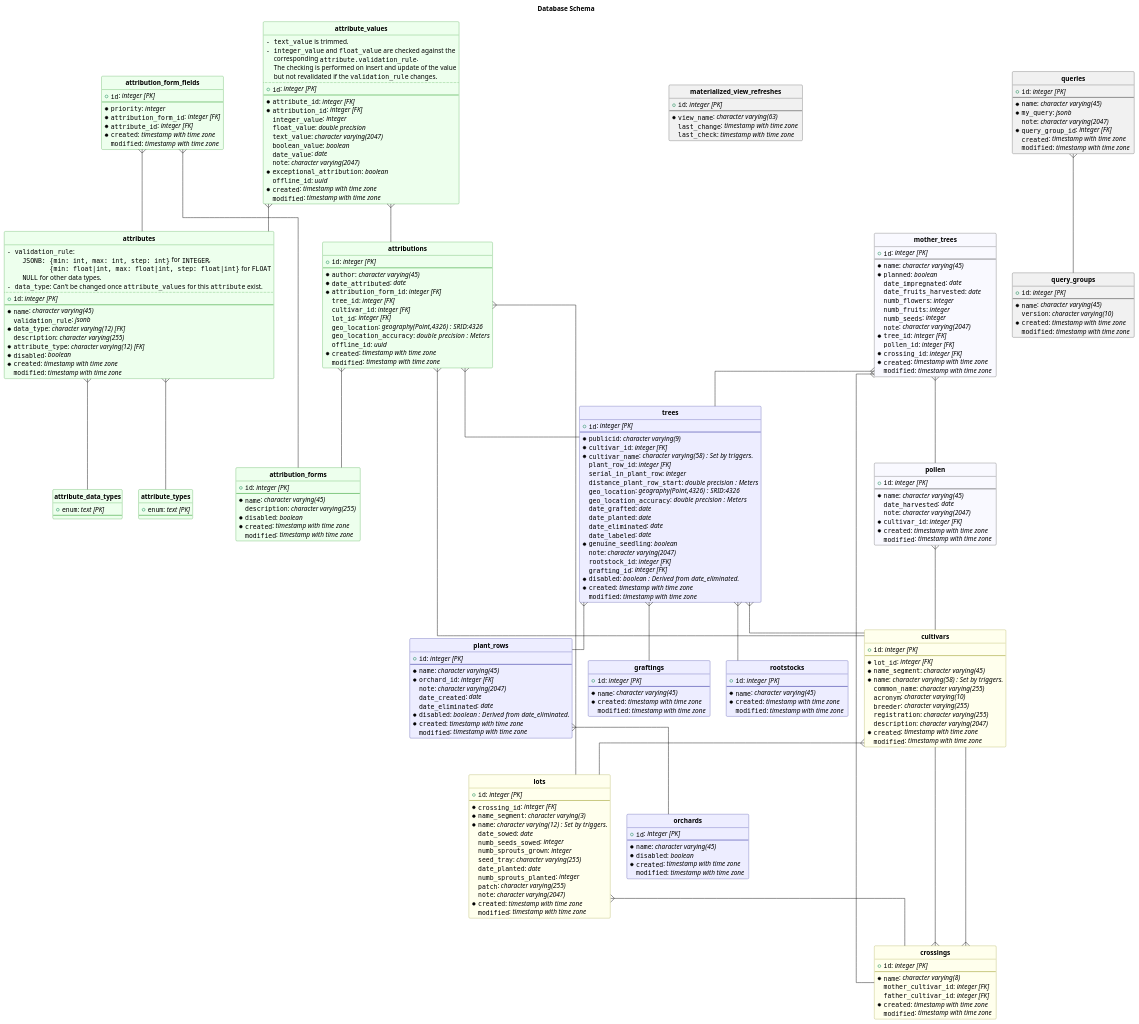
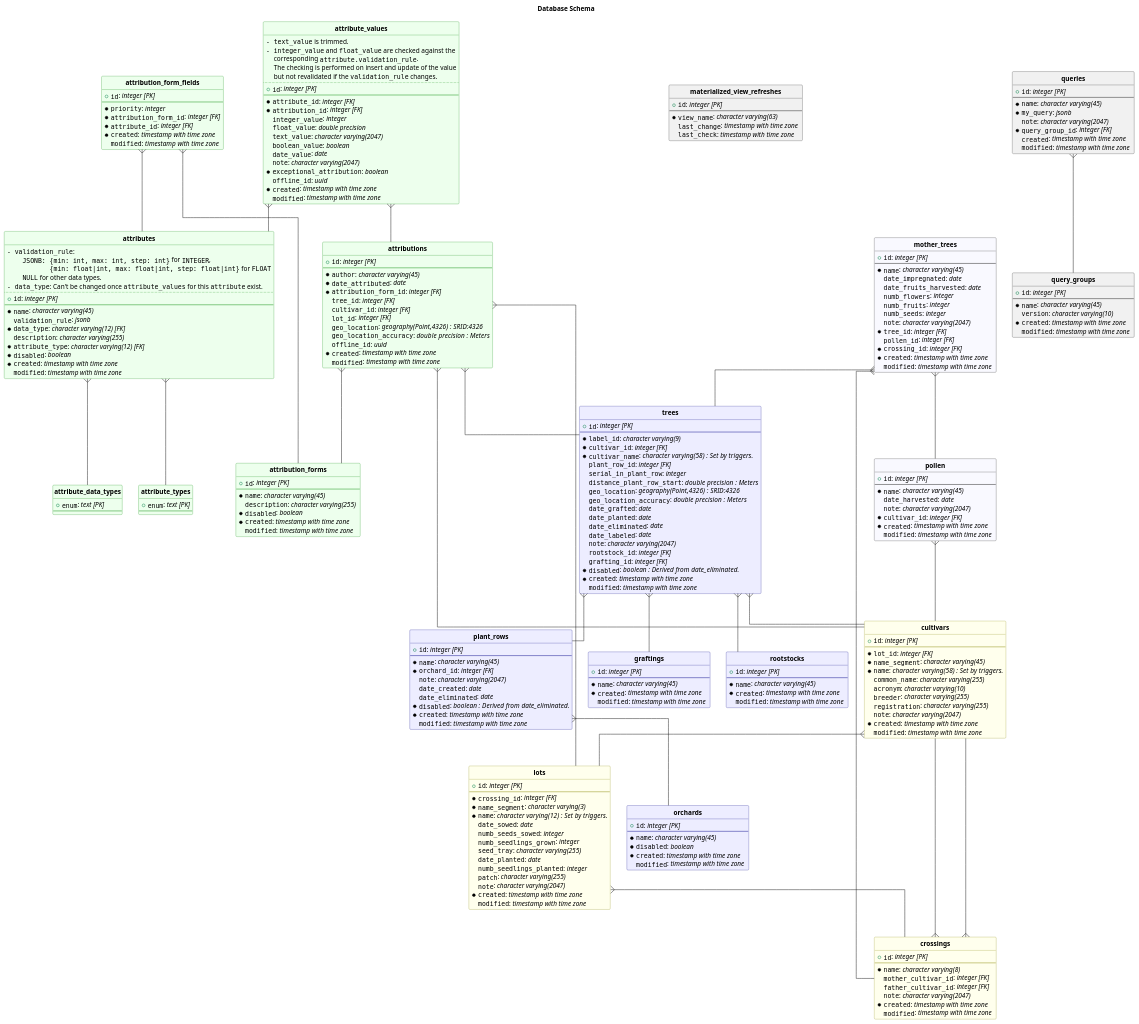
The diagram in backend/docs/database.puml (bolliger-tech/breedersdb.com), drawn with PlantUML before and after one commit. The commit also changed 2 other files, not shown here.

Commit message:
Update database UML

```diff
--- a/backend/docs/database.puml
+++ b/backend/docs/database.puml
@@ -89,6 +89,7 @@
   *""name"": //character varying(8) //
   ""mother_cultivar_id"": //integer [FK]//
   ""father_cultivar_id"": //integer [FK]//
+  ""note"": //character varying(2047) //
   *""created"": //timestamp with time zone //
   ""modified"": //timestamp with time zone //
 }
@@ -103,7 +104,7 @@
   ""acronym"": //character varying(10) //
   ""breeder"": //character varying(255) //
   ""registration"": //character varying(255) //
-  ""description"": //character varying(2047) //
+  ""note"": //character varying(2047) //
   *""created"": //timestamp with time zone //
   ""modified"": //timestamp with time zone //
 }
@@ -124,10 +125,10 @@
   *""name"": //character varying(12)  : Set by triggers.//
   ""date_sowed"": //date //
   ""numb_seeds_sowed"": //integer //
-  ""numb_sprouts_grown"": //integer //
+  ""numb_seedlings_grown"": //integer //
   ""seed_tray"": //character varying(255) //
   ""date_planted"": //date //
-  ""numb_sprouts_planted"": //integer //
+  ""numb_seedlings_planted"": //integer //
   ""patch"": //character varying(255) //
   ""note"": //character varying(2047) //
   *""created"": //timestamp with time zone //
@@ -146,7 +147,6 @@
   + ""id"": //integer [PK]//
   --
   *""name"": //character varying(45) //
-  *""planned"": //boolean //
   ""date_impregnated"": //date //
   ""date_fruits_harvested"": //date //
   ""numb_flowers"": //integer //
@@ -224,7 +224,7 @@
 entity "**trees**" #0000ff12 ##000088 {
   + ""id"": //integer [PK]//
   --
-  *""publicid"": //character varying(9) //
+  *""label_id"": //character varying(9) //
   *""cultivar_id"": //integer [FK]//
   *""cultivar_name"": //character varying(58)  : Set by triggers.//
   ""plant_row_id"": //integer [FK]//
@@ -236,7 +236,6 @@
   ""date_planted"": //date //
   ""date_eliminated"": //date //
   ""date_labeled"": //date //
-  *""genuine_seedling"": //boolean //
   ""note"": //character varying(2047) //
   ""rootstock_id"": //integer [FK]//
   ""grafting_id"": //integer [FK]//
```
